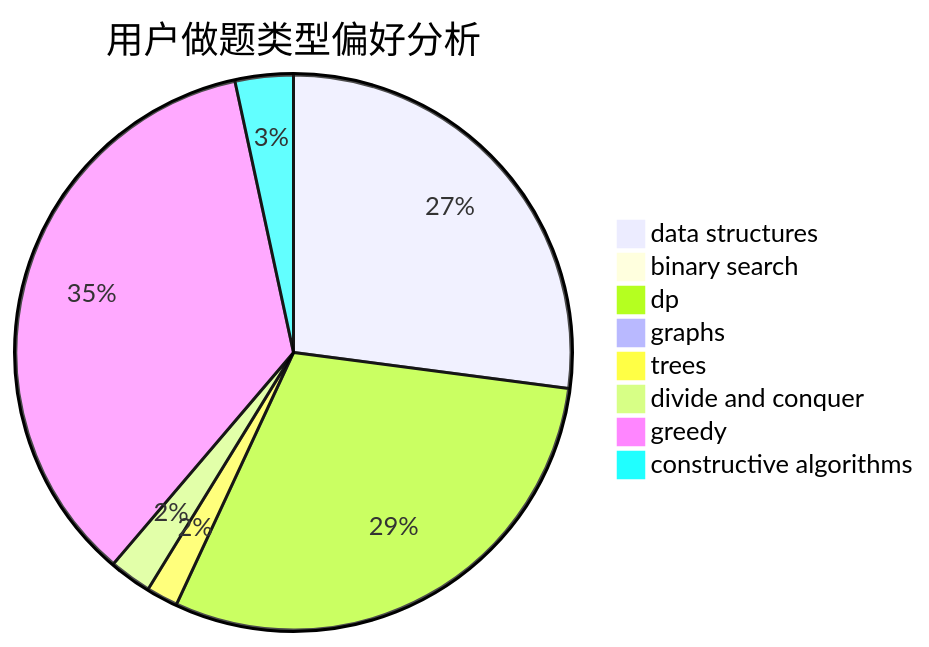
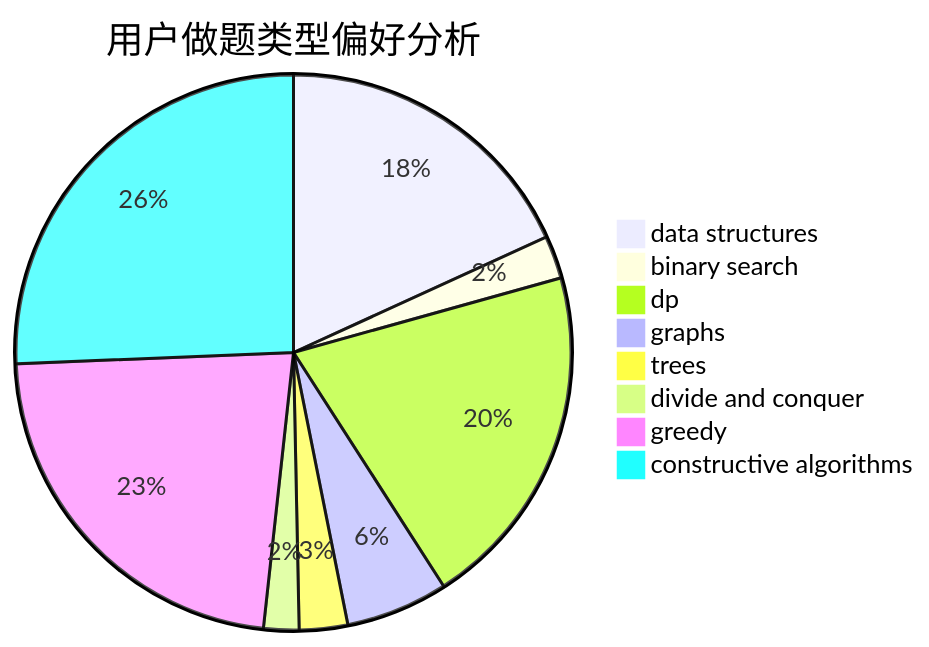
The second of 3 diagrams in docs/user/u240.md (sherpahu/cfrs.github.io), drawn with Mermaid before and after one commit. The commit also changed other lines of this file and 2770 other files, not shown here.

````diff
--- a/docs/user/u240.md
+++ b/docs/user/u240.md
@@ -23,11 +23,11 @@
 ```mermaid
 pie title 用户做题类型偏好分析
-    "data structures" :  88
-    "binary search" :  3
-    "dp" :  97
-    "graphs" :  2
-    "trees" :  6
-    "divide and conquer" :  8
-    "greedy" :  115
-    "constructive algorithms" :  11
+    "data structures" :  168
+    "binary search" :  23
+    "dp" :  187
+    "graphs" :  55
+    "trees" :  26
+    "divide and conquer" :  19
+    "greedy" :  209
+    "constructive algorithms" :  237
 ```
````
